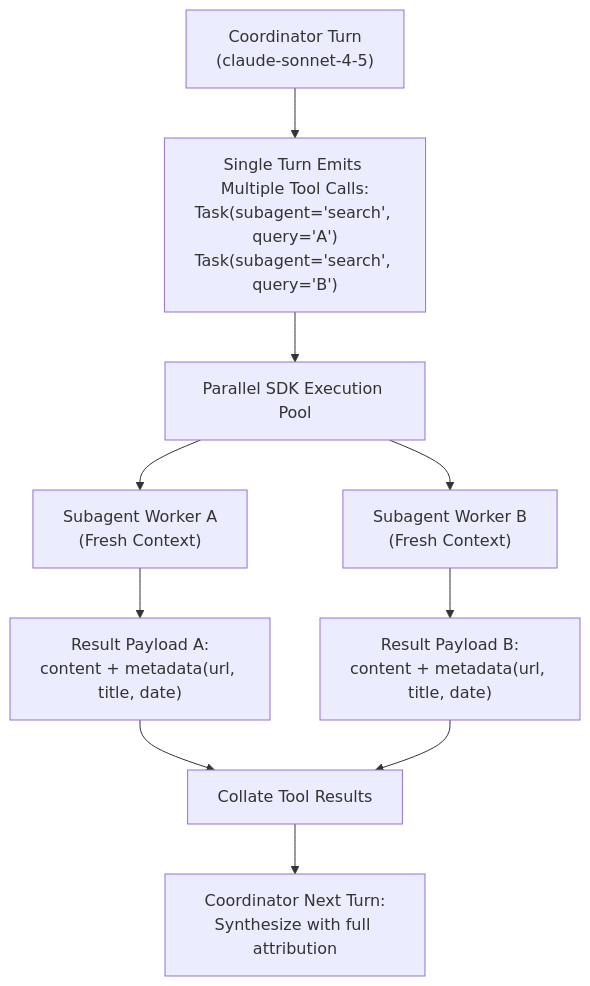
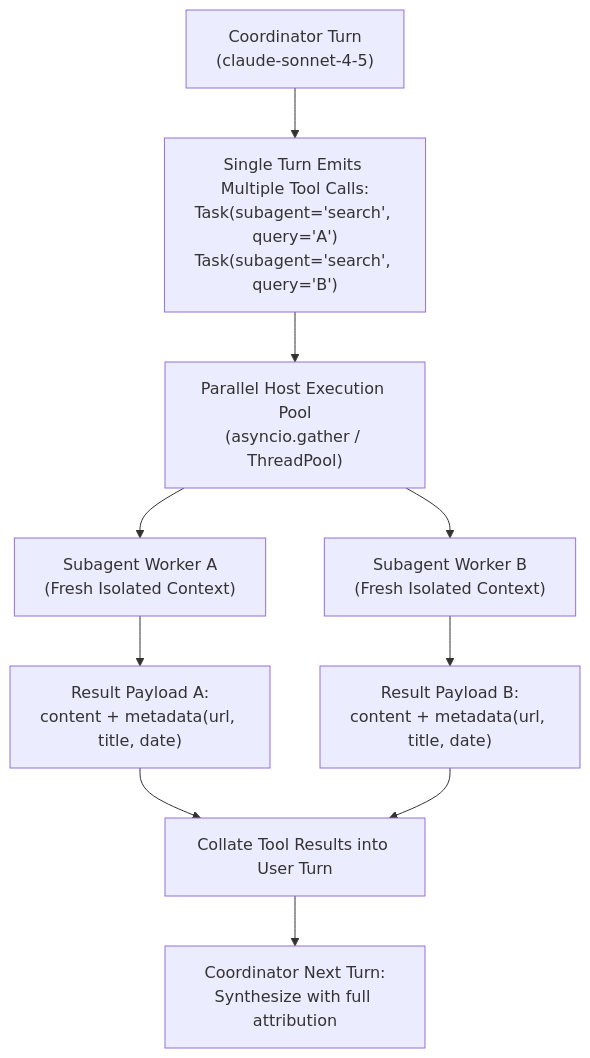
One commit to dip4k/claude_cert_architect_foundation_prep changed the diagram in domain1/ts_1_3_subagent_invocation_spawning/README.md. Above: the diagram before and after it, drawn with Mermaid. The commit also changed other lines of this file and 59 other files, not shown here.

````diff
--- a/domain1/ts_1_3_subagent_invocation_spawning/README.md
+++ b/domain1/ts_1_3_subagent_invocation_spawning/README.md
@@ -10,16 +74,16 @@
 ```mermaid
 flowchart TD
     Coordinator["Coordinator Turn<br>(claude-sonnet-4-5)"] --> MultiCall["Single Turn Emits Multiple Tool Calls:<br>Task(subagent='search', query='A')<br>Task(subagent='search', query='B')"]
     
-    MultiCall --> ExecPool["Parallel SDK Execution Pool"]
+    MultiCall --> ExecPool["Parallel Host Execution Pool<br>(asyncio.gather / ThreadPool)"]
     
-    ExecPool --> WorkerA["Subagent Worker A<br>(Fresh Context)"]
-    ExecPool --> WorkerB["Subagent Worker B<br>(Fresh Context)"]
+    ExecPool --> WorkerA["Subagent Worker A<br>(Fresh Isolated Context)"]
+    ExecPool --> WorkerB["Subagent Worker B<br>(Fresh Isolated Context)"]
     
     WorkerA --> ResultA["Result Payload A:<br>content + metadata(url, title, date)"]
     WorkerB --> ResultB["Result Payload B:<br>content + metadata(url, title, date)"]
     
-    ResultA --> Collector["Collate Tool Results"]
+    ResultA --> Collector["Collate Tool Results into User Turn"]
     ResultB --> Collector
     Collector --> NextTurn["Coordinator Next Turn:<br>Synthesize with full attribution"]
 ```
````
